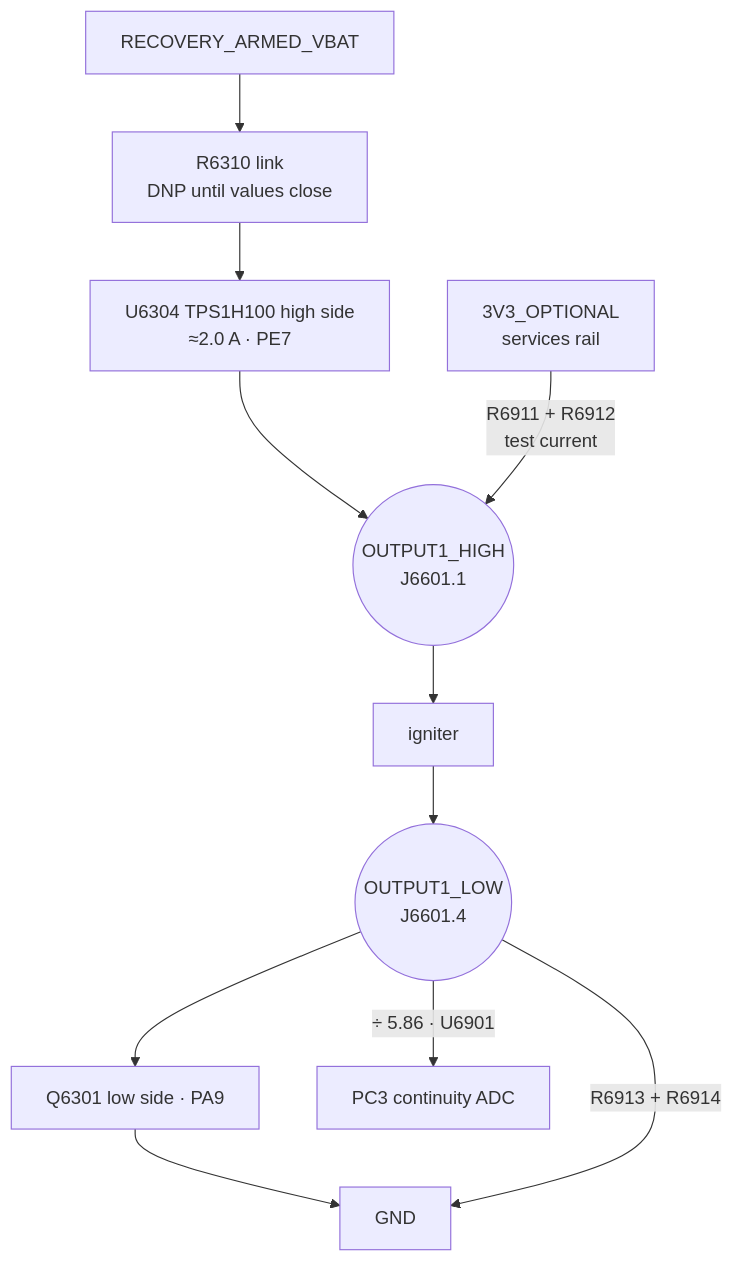
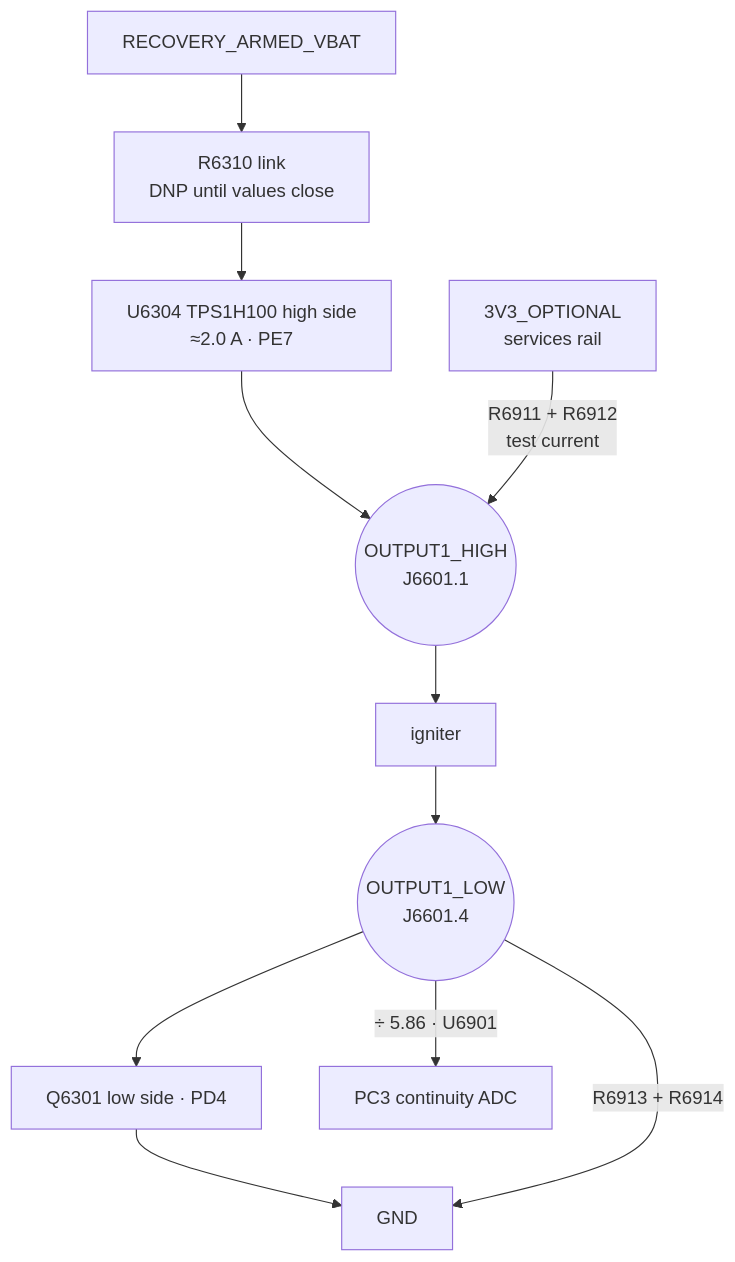
Before and after one commit to ULAS-HiPR/Ogma2: the second of 2 diagrams in docs/architecture/03-energetic-outputs.md, drawn with Mermaid. The commit also changed other lines of this file and 44 other files, not shown here.

````diff
--- a/docs/architecture/03-energetic-outputs.md
+++ b/docs/architecture/03-energetic-outputs.md
@@ -39,16 +39,16 @@
 ```mermaid
 flowchart TB
   ARM["RECOVERY_ARMED_VBAT"] --> LINK["R6310 link
 DNP until values close"] --> HS["U6304 TPS1H100 high side
 ≈2.0 A · PE7"]
   HS --> HI(("OUTPUT1_HIGH
 J6601.1"))
   SVC["3V3_OPTIONAL
 services rail"] -->|"R6911 + R6912
 test current"| HI
   HI --> IGN["igniter"] --> LO(("OUTPUT1_LOW
 J6601.4"))
-  LO --> LS["Q6301 low side · PA9"] --> G["GND"]
+  LO --> LS["Q6301 low side · PD4"] --> G["GND"]
   LO -->|"R6913 + R6914"| G
   LO -->|"÷ 5.86 · U6901"| ADC["PC3 continuity ADC"]
 ```
````
